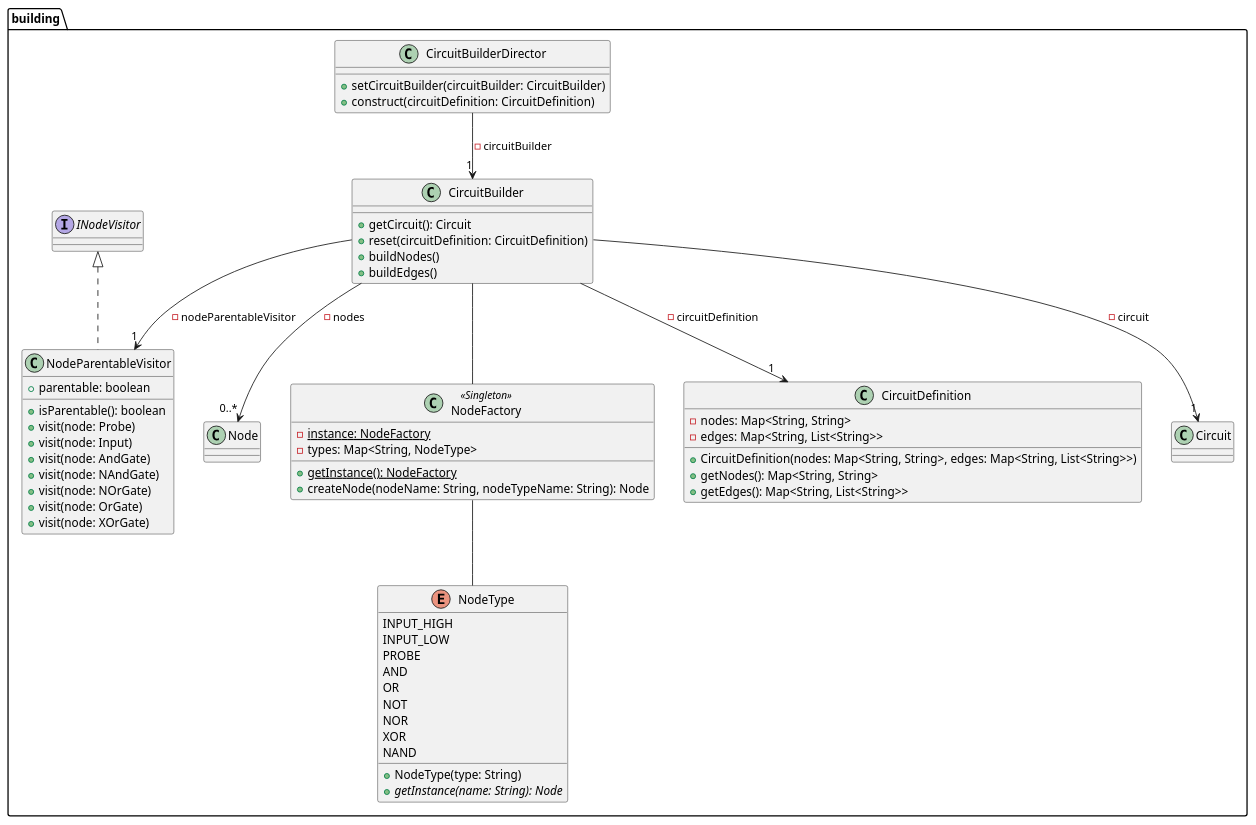
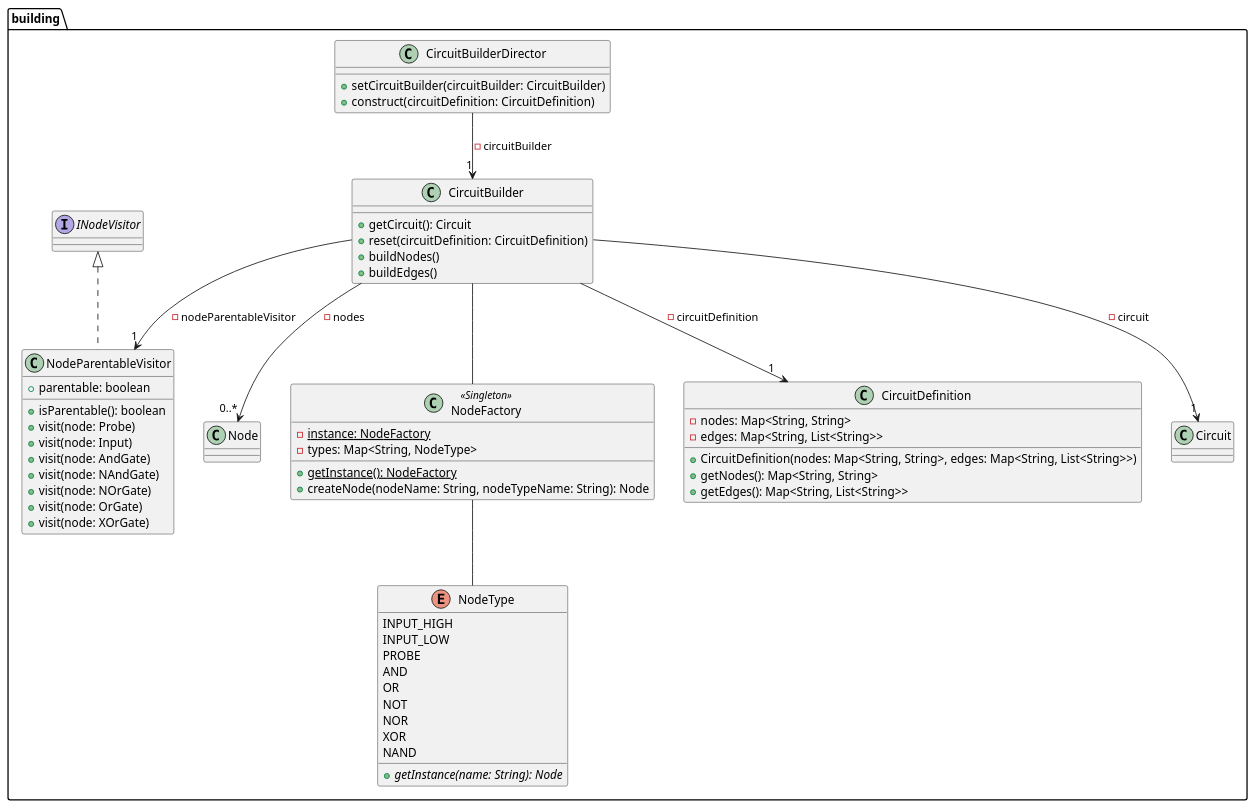
One commit to stevenliebregt/avans-dp1-sirkwie changed the diagram in docs/diagrams/dkd-core-building.puml. Above: the diagram before and after it, drawn with PlantUML. The commit also changed 122 other files, not shown here.

```diff
--- a/docs/diagrams/dkd-core-building.puml
+++ b/docs/diagrams/dkd-core-building.puml
@@ -1,69 +1,68 @@
 @startuml
 
 package building {
     class CircuitBuilder {
         +getCircuit(): Circuit
         +reset(circuitDefinition: CircuitDefinition)
         +buildNodes()
         +buildEdges()
     }
     CircuitBuilder --> "1" CircuitDefinition : -circuitDefinition
     CircuitBuilder --> "1" Circuit : -circuit
     CircuitBuilder --> "0..*" Node : -nodes
     CircuitBuilder --> "1" NodeParentableVisitor : -nodeParentableVisitor
     CircuitBuilder -- NodeFactory
 
     class CircuitBuilderDirector {
        +setCircuitBuilder(circuitBuilder: CircuitBuilder)
        +construct(circuitDefinition: CircuitDefinition)
     }
     CircuitBuilderDirector --> "1" CircuitBuilder : -circuitBuilder
 
     class CircuitDefinition {
         -nodes: Map<String, String>
         -edges: Map<String, List<String>>
 
         +CircuitDefinition(nodes: Map<String, String>, edges: Map<String, List<String>>)
         +getNodes(): Map<String, String>
         +getEdges(): Map<String, List<String>>
     }
 
     class NodeFactory <<Singleton>> {
         -{static}instance: NodeFactory
         -types: Map<String, NodeType>
 
         +{static}getInstance(): NodeFactory
         +createNode(nodeName: String, nodeTypeName: String): Node
     }
     NodeFactory -- NodeType
 
     class NodeParentableVisitor implements INodeVisitor {
         +parentable: boolean
 
         +isParentable(): boolean
         +visit(node: Probe)
         +visit(node: Input)
         +visit(node: AndGate)
         +visit(node: NAndGate)
         +visit(node: NOrGate)
         +visit(node: OrGate)
         +visit(node: XOrGate)
     }
 
     enum NodeType {
         INPUT_HIGH
         INPUT_LOW
         PROBE
         AND
         OR
         NOT
         NOR
         XOR
         NAND
 
-        +NodeType(type: String)
         +{abstract}getInstance(name: String): Node
     }
 }
 
 @enduml
```
